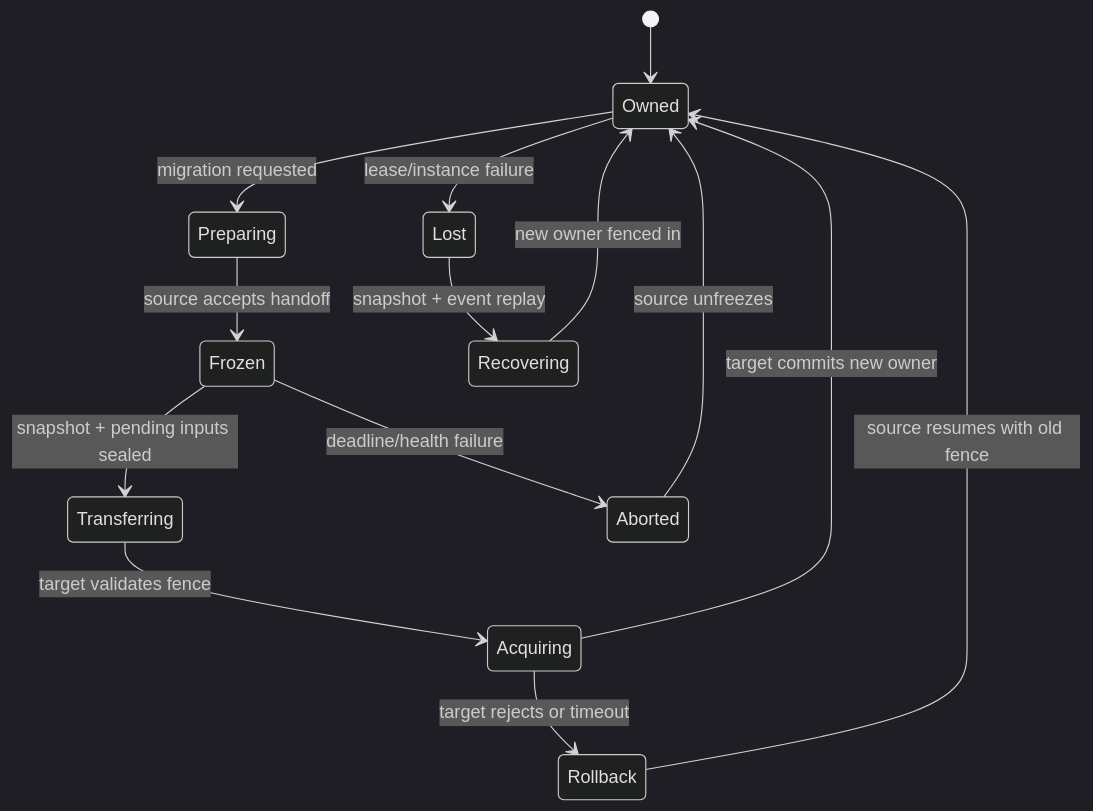
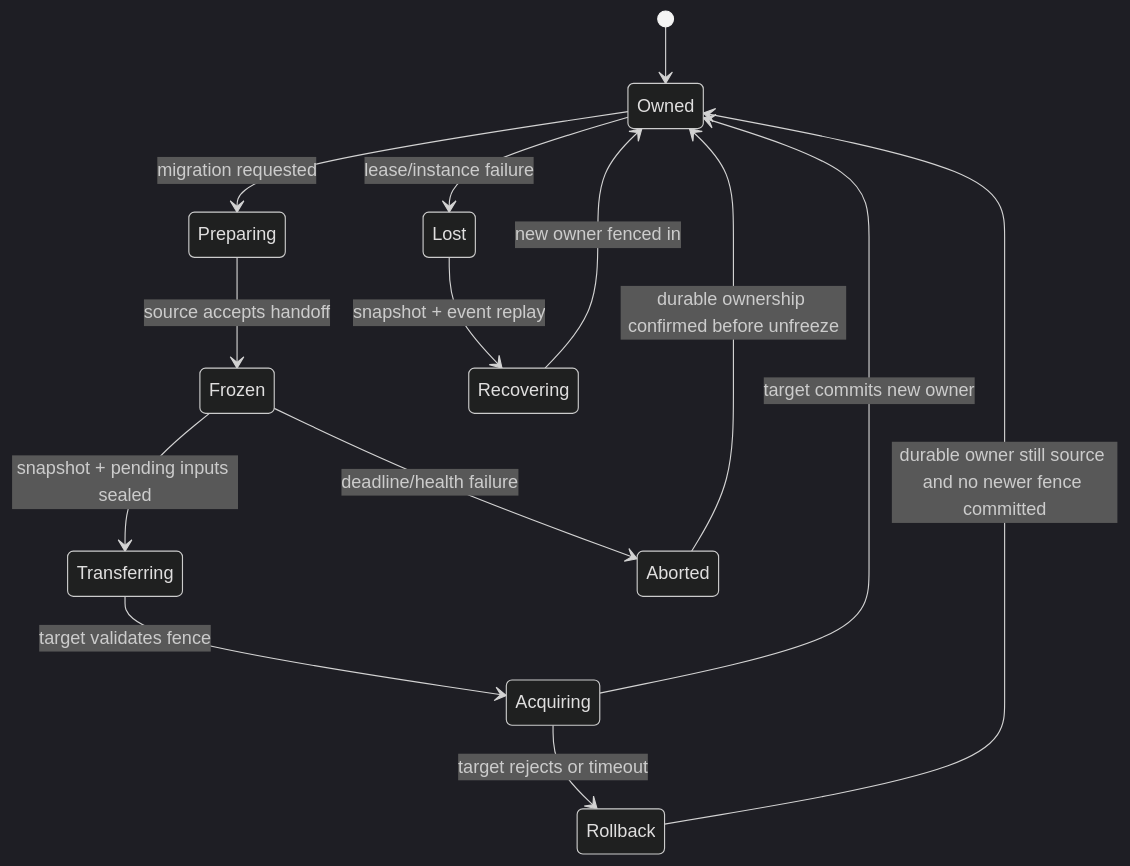
One commit to fantuan812/learning changed the second of 2 diagrams in 知识/07-网络与游戏服务端/世界权威与故障恢复/07-EntityOwnership与Authority.md. Above: the diagram before and after it, drawn with Mermaid (dark theme). The commit also changed other lines of this file and 18 other files, not shown here.

````diff
--- a/知识/07-网络与游戏服务端/世界权威与故障恢复/07-EntityOwnership与Authority.md
+++ b/知识/07-网络与游戏服务端/世界权威与故障恢复/07-EntityOwnership与Authority.md
@@ -136,16 +137,16 @@
 ```mermaid
 stateDiagram-v2
     [*] --> Owned
     Owned --> Preparing: migration requested
     Preparing --> Frozen: source accepts handoff
     Frozen --> Transferring: snapshot + pending inputs sealed
     Transferring --> Acquiring: target validates fence
     Acquiring --> Owned: target commits new owner
     Acquiring --> Rollback: target rejects or timeout
-    Rollback --> Owned: source resumes with old fence
+    Rollback --> Owned: durable owner still source and no newer fence committed
     Frozen --> Aborted: deadline/health failure
-    Aborted --> Owned: source unfreezes
+    Aborted --> Owned: durable ownership confirmed before unfreeze
     Owned --> Lost: lease/instance failure
     Lost --> Recovering: snapshot + event replay
     Recovering --> Owned: new owner fenced in
 ```
````
